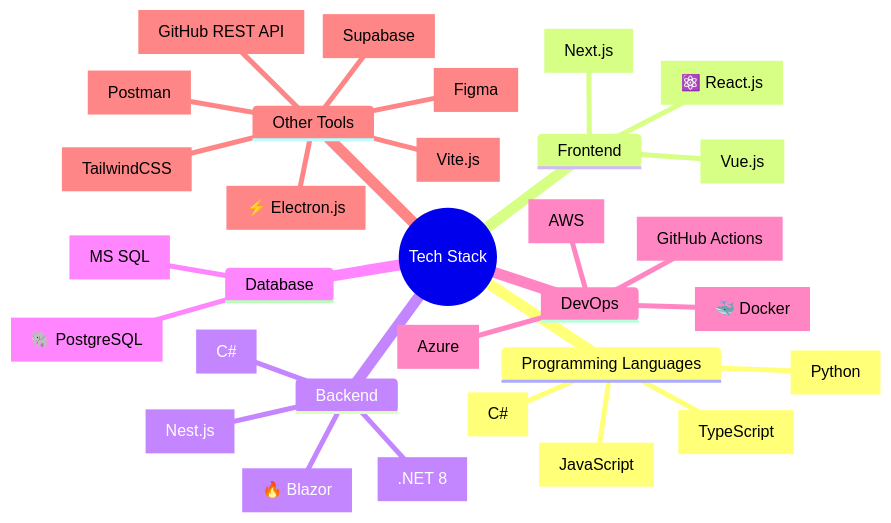
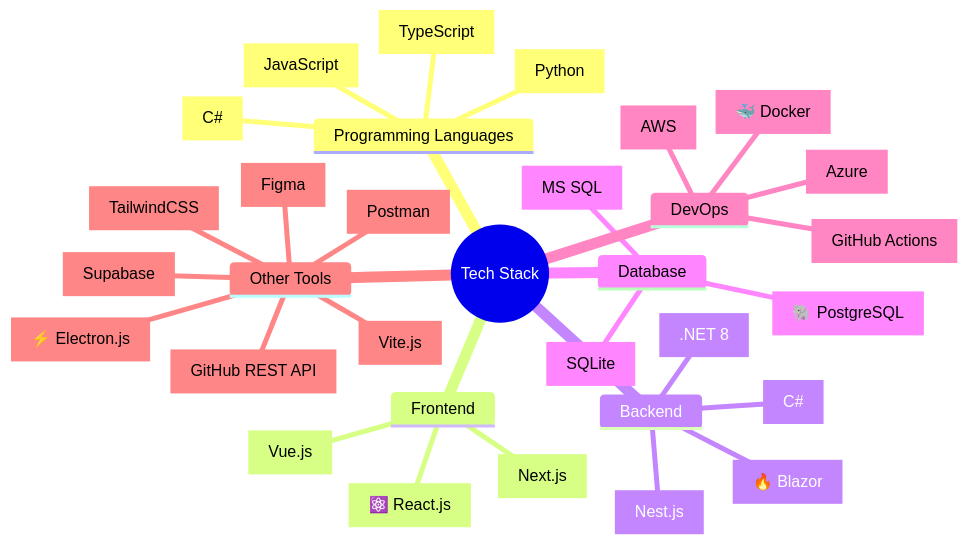
One commit to sametcn99/sametcn99 changed the diagram in README.md. Above: the diagram before and after it, drawn with Mermaid.

````diff
--- a/README.md
+++ b/README.md
@@ -8,34 +8,35 @@
 ```mermaid
 mindmap
   root((Tech Stack))
     Programming Languages
       JavaScript["JavaScript"]
       TypeScript["TypeScript"]
       CSharp["C#"]
       Python["Python"]
     Frontend
       React.js["⚛️ React.js"]
       Next.js["Next.js"]
       Vue.js["Vue.js"]
     Backend
       NestJS["Nest.js"]
       C#["C#"]
       .NET[".NET 8"]
       Blazor["🔥 Blazor"]
     Database
       PostgreSQL["🐘 PostgreSQL"]
       MSSQL["MS SQL"]
+      SQLite["SQLite"]
     DevOps
       GitHubActions["GitHub Actions"]
       Azure["Azure"]
       AWS["AWS"]
       Docker["🐳 Docker"]
     Other Tools
       Electron["⚡ Electron.js"]
       GitHub["GitHub REST API"]
       Supabase["Supabase"]
       Postman["Postman"]
       Vite.js["Vite.js"]
       TailwindCSS["TailwindCSS"]
       Figma["Figma"]
 ```
````
